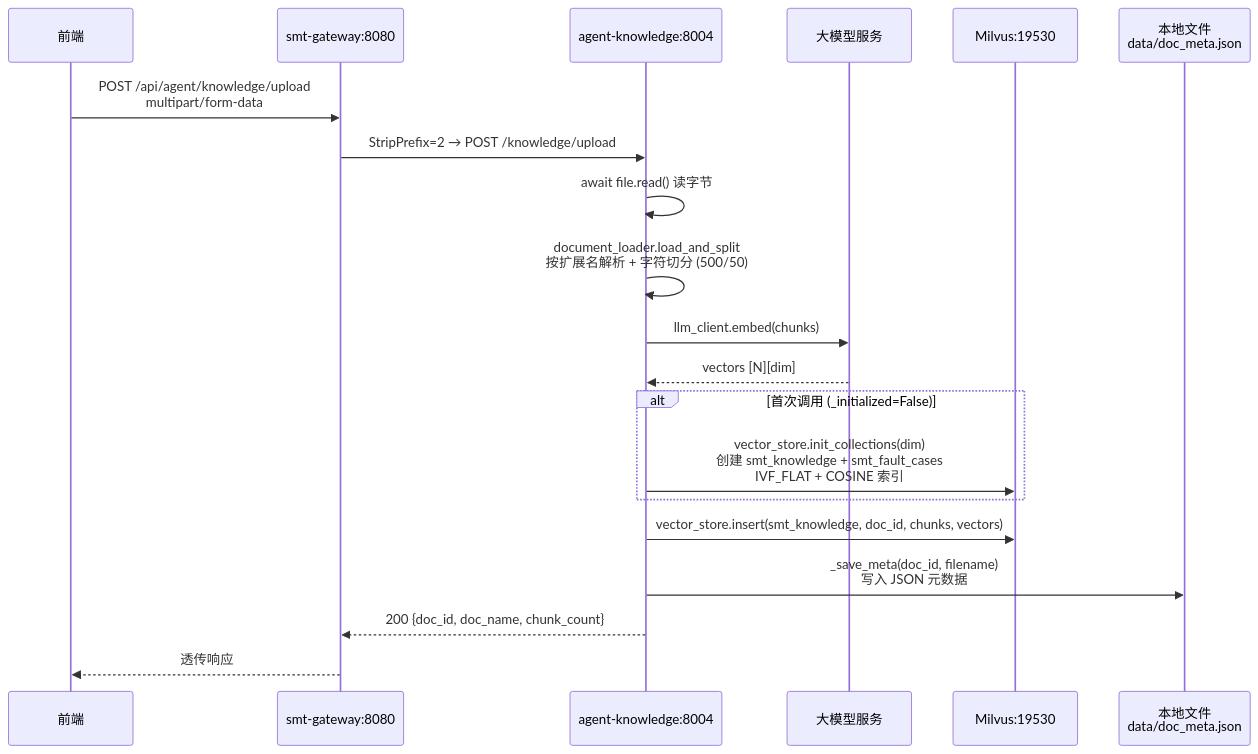
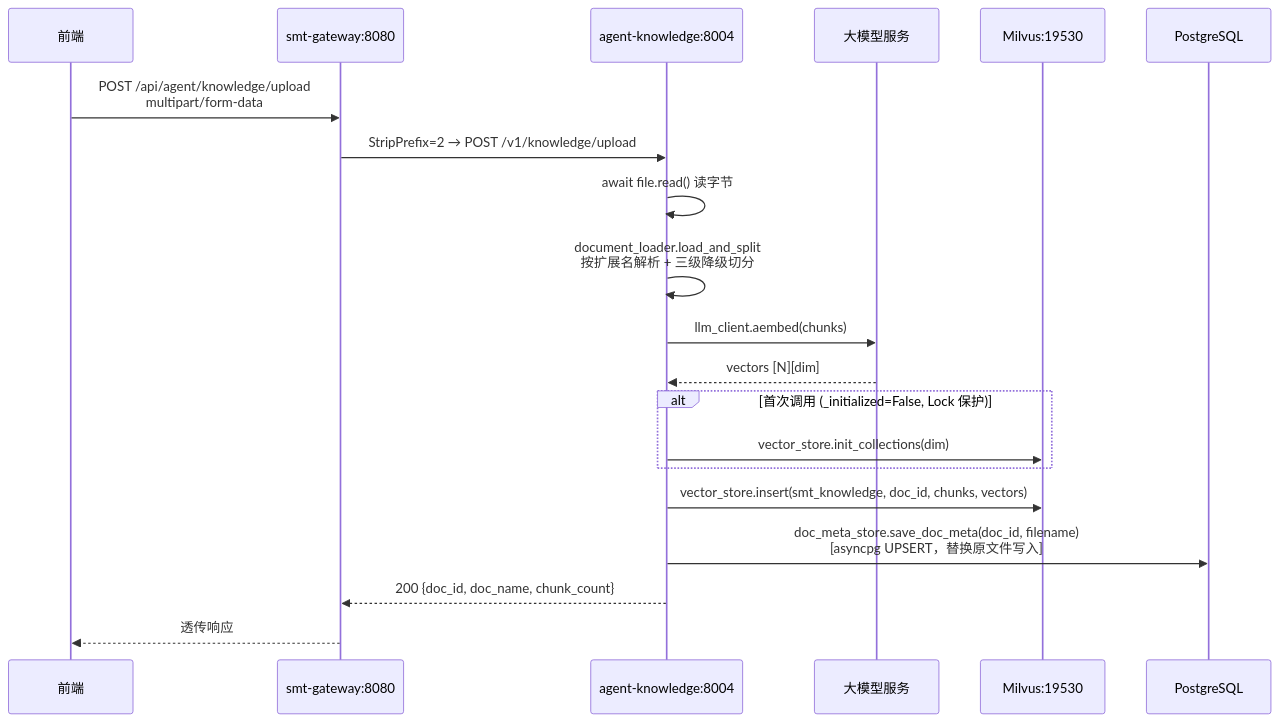
The fifth of 8 diagrams in docs/explaination/project-explanation-phase2.md (north30-dev/smt-agent-platform), drawn with Mermaid before and after one commit. The commit also changed other lines of this file and 2 other files, not shown here.

````diff
--- a/docs/explaination/project-explanation-phase2.md
+++ b/docs/explaination/project-explanation-phase2.md
@@ -304,23 +316,23 @@
 ```mermaid
 sequenceDiagram
     participant FE as 前端
     participant GW as smt-gateway:8080
     participant AK as agent-knowledge:8004
     participant LLM as 大模型服务
     participant Mil as Milvus:19530
-    participant FS as 本地文件<br/>data/doc_meta.json
+    participant PG as PostgreSQL
 
     FE->>GW: POST /api/agent/knowledge/upload<br/>multipart/form-data
-    GW->>AK: StripPrefix=2 → POST /knowledge/upload
+    GW->>AK: StripPrefix=2 → POST /v1/knowledge/upload
     AK->>AK: await file.read() 读字节
-    AK->>AK: document_loader.load_and_split<br/>按扩展名解析 + 字符切分 (500/50)
-    AK->>LLM: llm_client.embed(chunks)
+    AK->>AK: document_loader.load_and_split<br/>按扩展名解析 + 三级降级切分
+    AK->>LLM: llm_client.aembed(chunks)
     LLM-->>AK: vectors [N][dim]
-    alt 首次调用 (_initialized=False)
-        AK->>Mil: vector_store.init_collections(dim)<br/>创建 smt_knowledge + smt_fault_cases<br/>IVF_FLAT + COSINE 索引
+    alt 首次调用 (_initialized=False, Lock 保护)
+        AK->>Mil: vector_store.init_collections(dim)
     end
     AK->>Mil: vector_store.insert(smt_knowledge, doc_id, chunks, vectors)
-    AK->>FS: _save_meta(doc_id, filename)<br/>写入 JSON 元数据
+    AK->>PG: doc_meta_store.save_doc_meta(doc_id, filename)<br/>[asyncpg UPSERT，替换原文件写入]
     AK-->>GW: 200 {doc_id, doc_name, chunk_count}
     GW-->>FE: 透传响应
 ```
````
